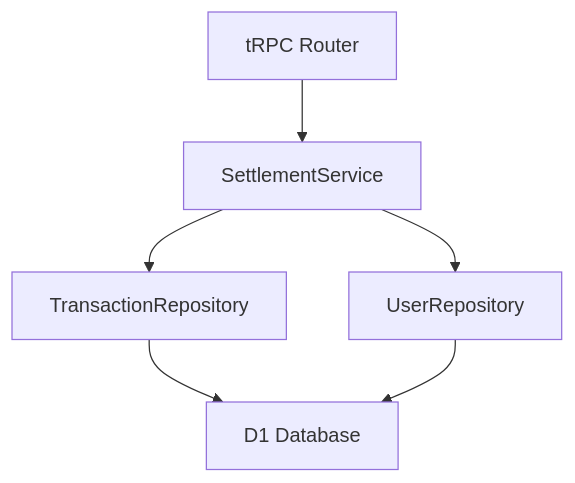
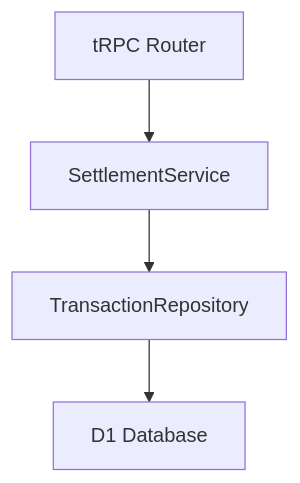
The diagram in docs/ADR/Settlement/GetStatus.md (ryosuke-horie/PairPay), drawn with Mermaid before and after one commit. The commit also changed other lines of this file, not shown here.

````diff
--- a/docs/ADR/Settlement/GetStatus.md
+++ b/docs/ADR/Settlement/GetStatus.md
@@ -12,8 +12,6 @@
 ```mermaid
 graph TD
     A[tRPC Router] --> B[SettlementService]
     B --> C[TransactionRepository]
-    B --> D[UserRepository]
     C --> E[D1 Database]
-    D --> E
 ```
````
